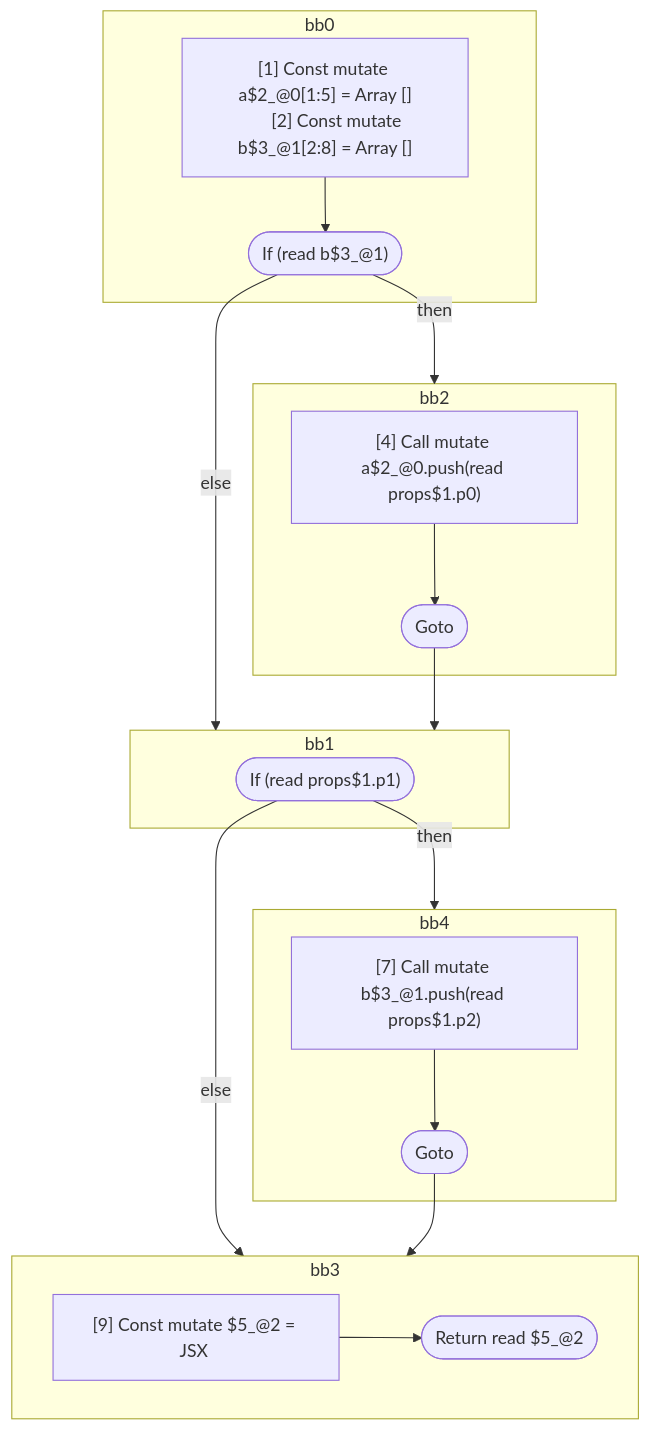
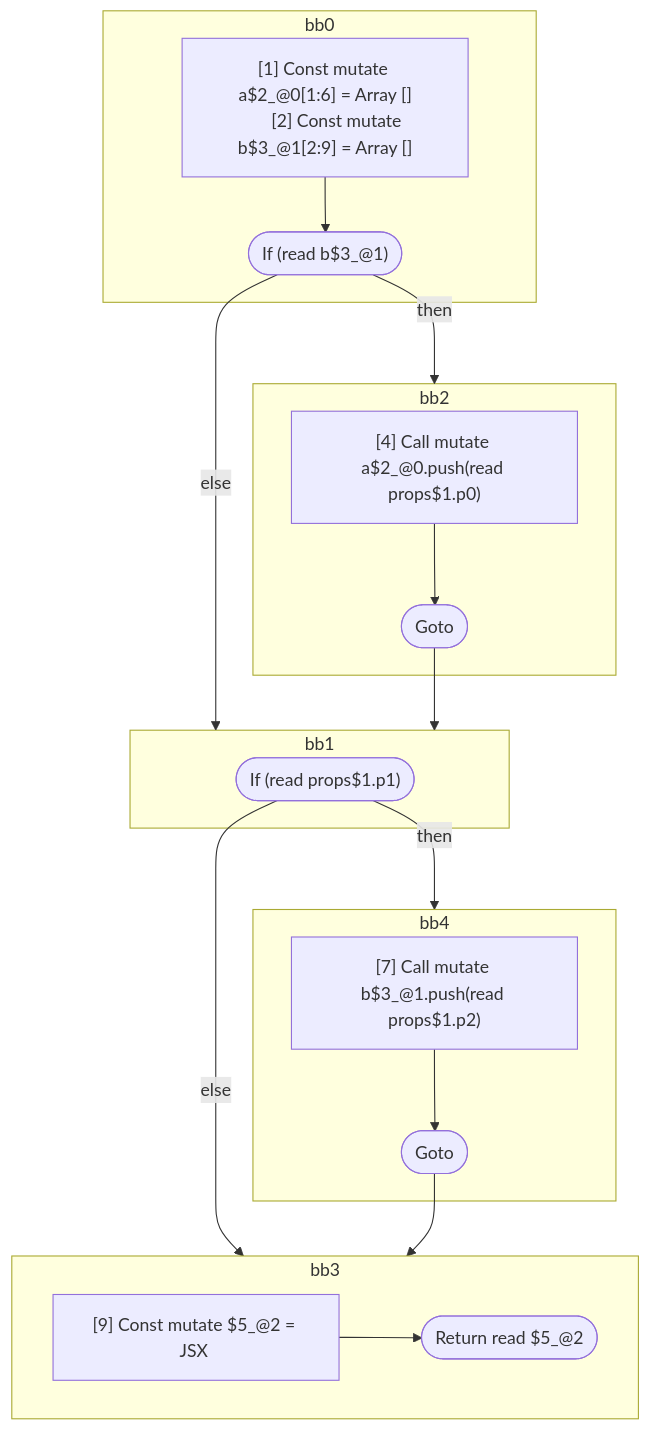
Before and after one commit to wutsmog/private: the first of 4 diagrams in compiler/forget/src/__tests__/fixtures/hir/conditional-on-mutable.expect.md, drawn with Mermaid. The commit also changed other lines of this file and 26 other files, not shown here.

````diff
--- a/compiler/forget/src/__tests__/fixtures/hir/conditional-on-mutable.expect.md
+++ b/compiler/forget/src/__tests__/fixtures/hir/conditional-on-mutable.expect.md
@@ -92,41 +92,41 @@
 ```mermaid
 flowchart TB
   %% Basic Blocks
   subgraph bb0
     bb0_instrs["
-      [1] Const mutate a$2_@0[1:5] = Array []
-      [2] Const mutate b$3_@1[2:8] = Array []
+      [1] Const mutate a$2_@0[1:6] = Array []
+      [2] Const mutate b$3_@1[2:9] = Array []
     "]
     bb0_instrs --> bb0_terminal(["If (read b$3_@1)"])
   end
   subgraph bb2
     bb2_instrs["
       [4] Call mutate a$2_@0.push(read props$1.p0)
     "]
     bb2_instrs --> bb2_terminal(["Goto"])
   end
   subgraph bb1
     bb1_terminal(["If (read props$1.p1)"])
   end
   subgraph bb4
     bb4_instrs["
       [7] Call mutate b$3_@1.push(read props$1.p2)
     "]
     bb4_instrs --> bb4_terminal(["Goto"])
   end
   subgraph bb3
     bb3_instrs["
       [9] Const mutate $5_@2 = JSX <read Foo$4 a={freeze a$2_@0} b={freeze b$3_@1} ></read Foo$4>
     "]
     bb3_instrs --> bb3_terminal(["Return read $5_@2"])
   end
 
   %% Jumps
   bb0_terminal -- "then" --> bb2
   bb0_terminal -- "else" --> bb1
   bb2_terminal --> bb1
   bb1_terminal -- "then" --> bb4
   bb1_terminal -- "else" --> bb3
   bb4_terminal --> bb3
 
 ```
````
